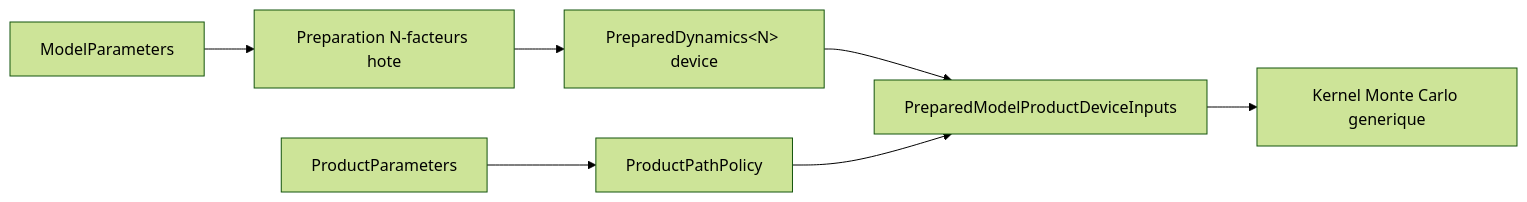
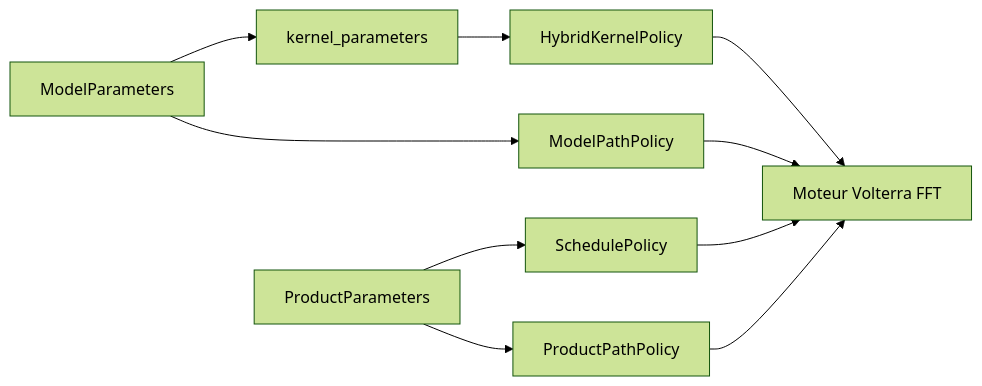
The third of 3 diagrams in docs/cuda/pricing-policy-composition.md (AurelienGrenard/AI_factory), drawn with Mermaid (forest theme) before and after one commit. The commit also changed other lines of this file and 2469 other files, not shown here.

````diff
--- a/docs/cuda/pricing-policy-composition.md
+++ b/docs/cuda/pricing-policy-composition.md
@@ -858,9 +158,12 @@
 ```mermaid
 flowchart LR
-    MP[ModelParameters] --> FIT[Preparation N-facteurs hote]
-    FIT --> PD[PreparedDynamics&lt;N&gt; device]
-    PP[ProductParameters] --> PPATH[ProductPathPolicy]
-    PD --> INPUTS[PreparedModelProductDeviceInputs]
-    PPATH --> INPUTS
-    INPUTS --> MC[Kernel Monte Carlo generique]
+    MP[ModelParameters] --> KP[kernel_parameters]
+    KP --> HK[HybridKernelPolicy]
+    MP --> PATH[ModelPathPolicy]
+    PP[ProductParameters] --> S[SchedulePolicy]
+    PP --> PROD[ProductPathPolicy]
+    HK --> FFT[Moteur Volterra FFT]
+    PATH --> FFT
+    S --> FFT
+    PROD --> FFT
 ```
````
